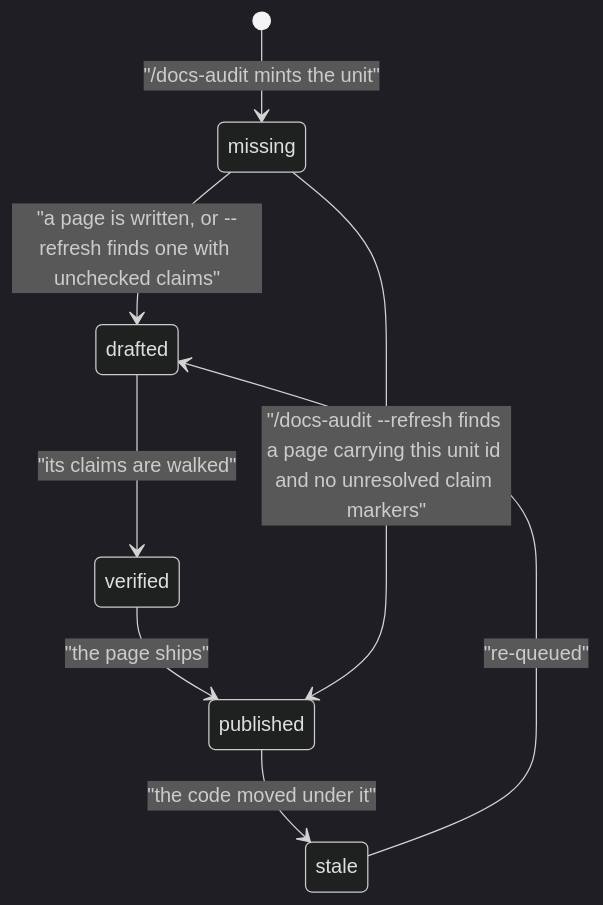
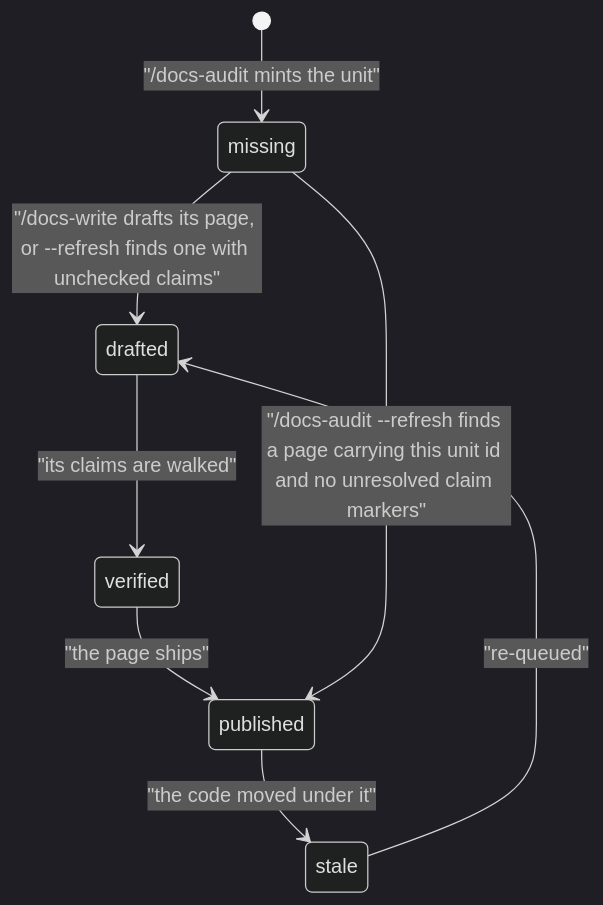
Before and after one commit to ihudak/ai-workflows: the diagram in plugins/docs-workflows/docs/reference/docs-backlog.md, drawn with Mermaid (dark theme). The commit also changed other lines of this file and 23 other files, not shown here.

````diff
--- a/plugins/docs-workflows/docs/reference/docs-backlog.md
+++ b/plugins/docs-workflows/docs/reference/docs-backlog.md
@@ -36,10 +36,10 @@
 ```mermaid
 stateDiagram-v2
   [*] --> missing: "/docs-audit mints the unit"
-  missing --> drafted: "a page is written, or --refresh finds one with unchecked claims"
+  missing --> drafted: "/docs-write drafts its page, or --refresh finds one with unchecked claims"
   drafted --> verified: "its claims are walked"
   verified --> published: "the page ships"
   published --> stale: "the code moved under it"
   stale --> drafted: "re-queued"
   missing --> published: "/docs-audit --refresh finds a page carrying this unit id and no unresolved claim markers"
 ```
````
